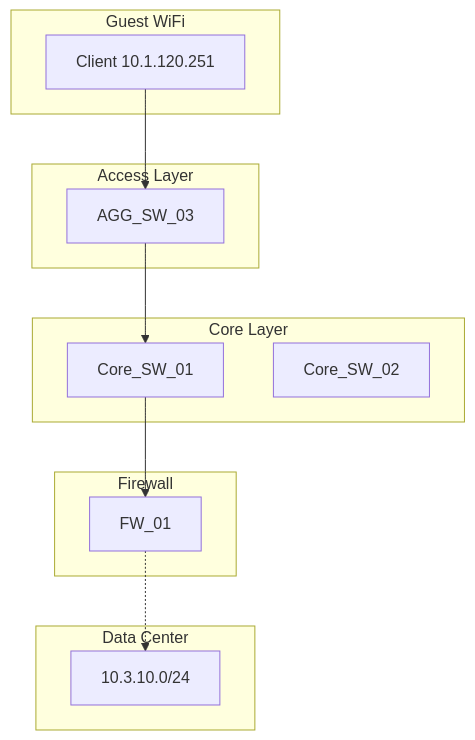
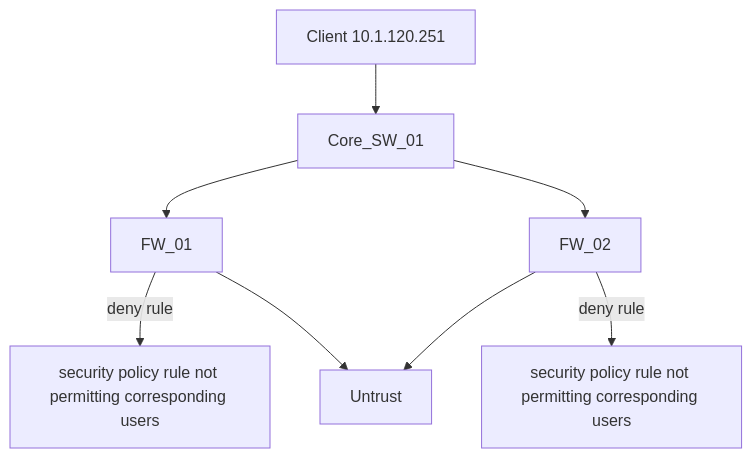
Before and after one commit to KG-khangelani/Telco-Troubleshooting-Agentic-Challenge-B: the diagram in outputs/topology_problem_7.md, drawn with Mermaid. The commit also changed 11 other files, not shown here.

Commit message:
feat: enhance troubleshooting documentation, improve command handling, and update topology diagrams

````diff
--- a/outputs/topology_problem_7.md
+++ b/outputs/topology_problem_7.md
@@ -1,28 +1,10 @@
 ```mermaid
 graph TD
-    subgraph "Guest WiFi"
-        GUEST_WIFI_CLIENT03[Client 10.1.120.251]
-    end
-    
-    subgraph "Access Layer"
-        AGG_SW_03[AGG_SW_03]
-    end
-    
-    subgraph "Core Layer"
-        Core_SW_01[Core_SW_01]
-        Core_SW_02[Core_SW_02]
-    end
-    
-    subgraph "Firewall"
-        FW_01[FW_01]
-    end
-    
-    subgraph "Data Center"
-        SZ_Server[10.3.10.0/24]
-    end
-    
-    GUEST_WIFI_CLIENT03 --> AGG_SW_03
-    AGG_SW_03 --> Core_SW_01
-    Core_SW_01 --> FW_01
-    FW_01 -.->SZ_Server
+  GUEST_WIFI_CLIENT03[Client 10.1.120.251] --> Core_SW_01[Core_SW_01]
+  Core_SW_01 --> FW_01[FW_01]
+  FW_01 -->|deny rule| DENY[security policy rule not permitting corresponding users]
+  Core_SW_01 --> FW_02[FW_02]
+  FW_02 -->|deny rule| DENY2[security policy rule not permitting corresponding users]
+  FW_01 --> Untrust
+  FW_02 --> Untrust
 ```
````
